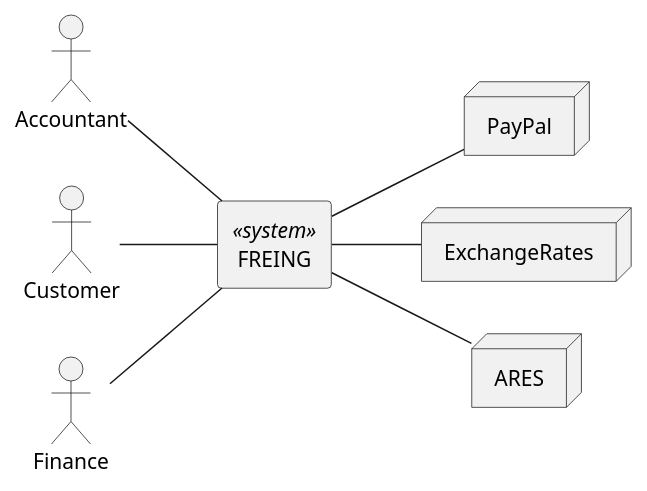
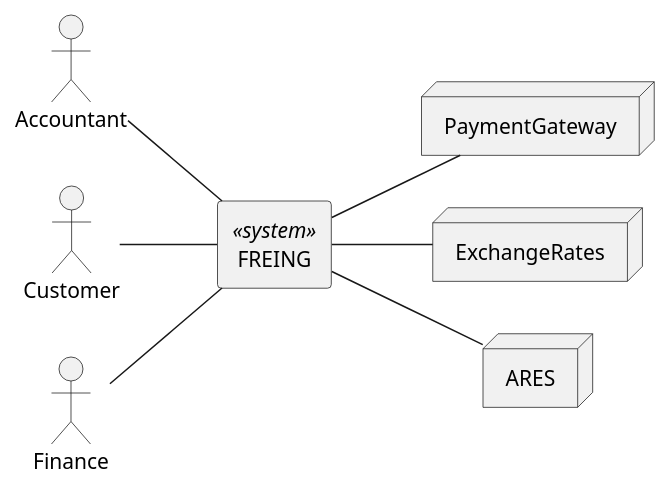
Before and after one commit to zlesak/FREING: the diagram in diagrams/FREING_BUSINESS_CONTEXT_DIAGRAM.puml, drawn with PlantUML. The commit also changed 1 other file, not shown here.

Commit message:
PaymentGateway naming in bussines context change

```diff
--- a/diagrams/FREING_BUSINESS_CONTEXT_DIAGRAM.puml
+++ b/diagrams/FREING_BUSINESS_CONTEXT_DIAGRAM.puml
@@ -1,39 +1,39 @@
 @startuml
 left to right direction
 
 :Accountant: as a
 :Customer: as c
 :Finance: as f
 
 rectangle "FREING" <<system>> as freing {
 
 '    component "Invoice service" as invoice_service {
 '    }
 '    component "Customer service" as customer_service {
 '    }
 '    component "Render service" as render_service {
 '    }
 '    component "Payment service" as payment_service {
 '    }
 }
 
-node PayPal as paypal{
+node PaymentGateway as paypal{
 }
 
 node ExchangeRates as exchange_rates{
 }
 
 node ARES as ares{
 }
 
 freing -- paypal
 freing -- exchange_rates
 freing -- ares
 
 
 a -- freing
 c -- freing
 f -- freing
 
 
 @enduml
```
